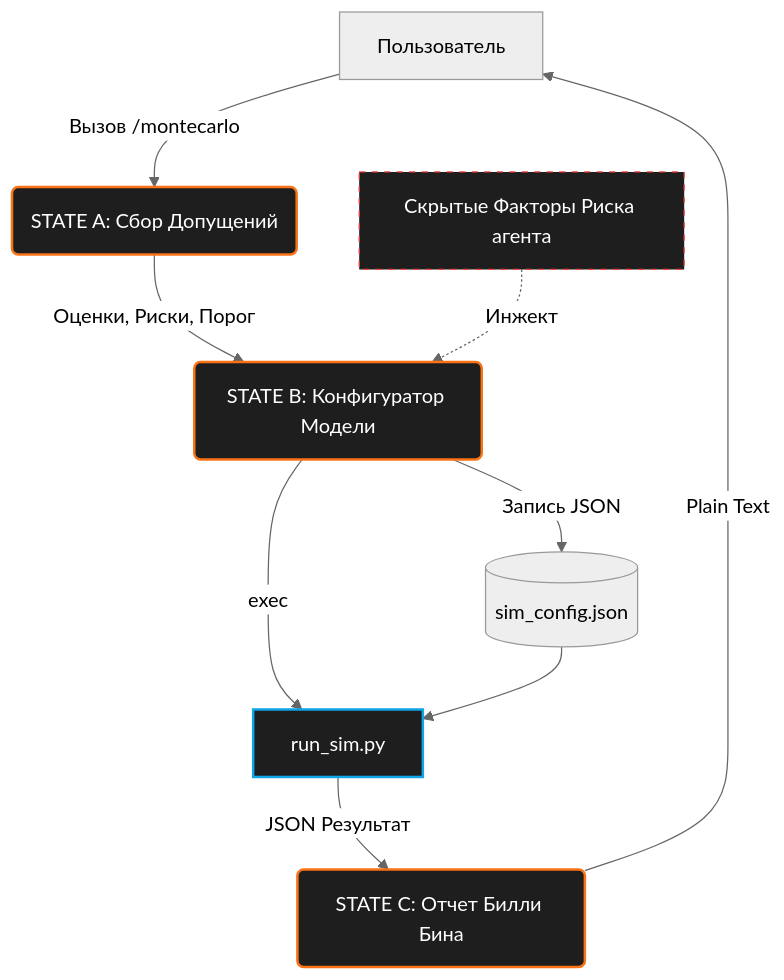
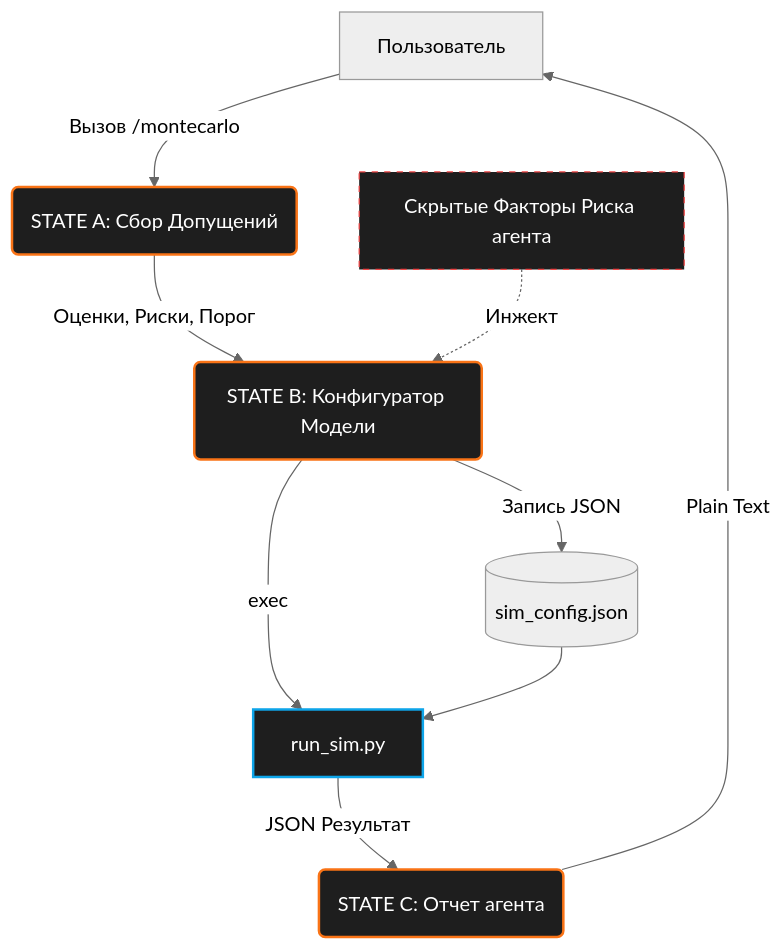
The first of 2 diagrams in docs/Architecture.md (Duneholy/skill-montecarlo), drawn with Mermaid (neutral theme) before and after one commit.

````diff
--- a/docs/Architecture.md
+++ b/docs/Architecture.md
@@ -7,20 +7,20 @@
 ```mermaid
 graph TD
     A[Пользователь] -->|Вызов /montecarlo| B(STATE A: Сбор Допущений)
     B -->|Оценки, Риски, Порог| C(STATE B: Конфигуратор Модели)
     
     %% Секретный инжект агента
     Agent[Скрытые Факторы Риска агента] -.->|Инжект| C
     
     C -->|Запись JSON| D[(sim_config.json)]
     C -->|exec| E[run_sim.py]
     D --> E
-    E -->|JSON Результат| F(STATE C: Отчет Билли Бина)
+    E -->|JSON Результат| F(STATE C: Отчет агента)
     F -->|Plain Text| A
     
     style B fill:#1e1e1e,stroke:#f97316,stroke-width:2px,color:#fff
     style C fill:#1e1e1e,stroke:#f97316,stroke-width:2px,color:#fff
     style F fill:#1e1e1e,stroke:#f97316,stroke-width:2px,color:#fff
     style E fill:#1e1e1e,stroke:#0ea5e9,stroke-width:2px,color:#fff
     style Agent fill:#1e1e1e,stroke:#ef4444,stroke-width:1px,stroke-dasharray: 5 5,color:#fff
 ```
````
